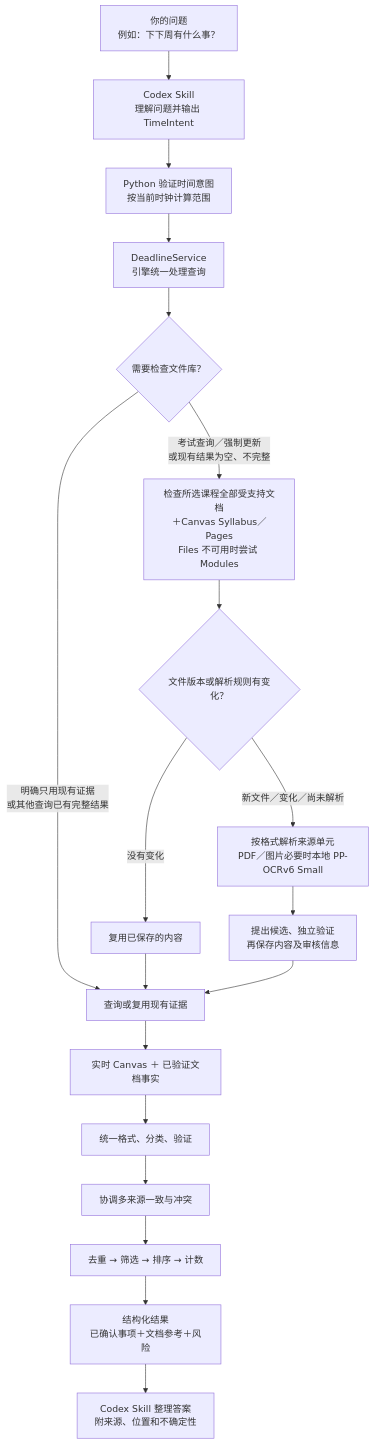
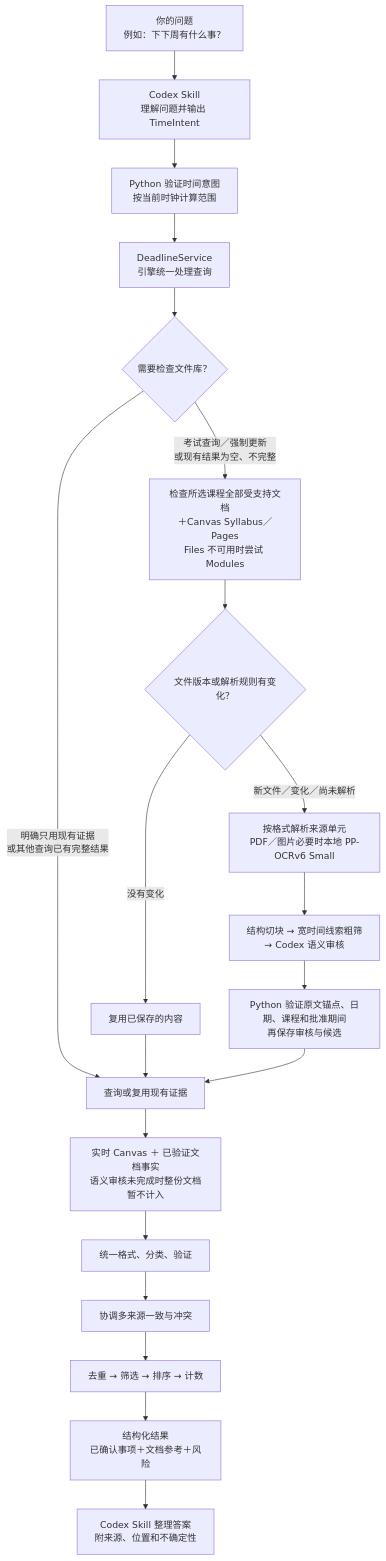
Before and after one commit to zhangleqi04-dev/canvas-ddl: the diagram in docs/CANVAS_DDL_FLOWCHART.md, drawn with Mermaid. The commit also changed 24 other files, not shown here.

````diff
--- a/docs/CANVAS_DDL_FLOWCHART.md
+++ b/docs/CANVAS_DDL_FLOWCHART.md
@@ -5,24 +5,25 @@
 ```mermaid
 flowchart TD
     A["你的问题<br/>例如：下下周有什么事？"] --> B["Codex Skill<br/>理解问题并输出 TimeIntent"]
     B --> T["Python 验证时间意图<br/>按当前时钟计算范围"]
     T --> C["DeadlineService<br/>引擎统一处理查询"]
     C --> D{"需要检查文件库？"}
 
     D -->|"考试查询／强制更新<br/>或现有结果为空、不完整"| E["检查所选课程全部受支持文档<br/>＋Canvas Syllabus／Pages<br/>Files 不可用时尝试 Modules"]
     D -->|"明确只用现有证据<br/>或其他查询已有完整结果"| H["查询或复用现有证据"]
 
     E --> F{"文件版本或解析规则有变化？"}
     F -->|"没有变化"| G["复用已保存的内容"]
     F -->|"新文件／变化／尚未解析"| O["按格式解析来源单元<br/>PDF／图片必要时本地 PP-OCRv6 Small"]
-    O --> P["提出候选、独立验证<br/>再保存内容及审核信息"]
+    O --> P["结构切块 → 宽时间线索粗筛<br/>→ Codex 语义审核"]
+    P --> V["Python 验证原文锚点、日期、课程和批准期间<br/>再保存审核与候选"]
     G --> H
-    P --> H
+    V --> H
 
-    H --> I["实时 Canvas ＋ 已验证文档事实"]
+    H --> I["实时 Canvas ＋ 已验证文档事实<br/>语义审核未完成时整份文档暂不计入"]
     I --> J["统一格式、分类、验证"]
     J --> K["协调多来源一致与冲突"]
     K --> L["去重 → 筛选 → 排序 → 计数"]
     L --> M["结构化结果<br/>已确认事项＋文档参考＋风险"]
     M --> N["Codex Skill 整理答案<br/>附来源、位置和不确定性"]
 ```
````
